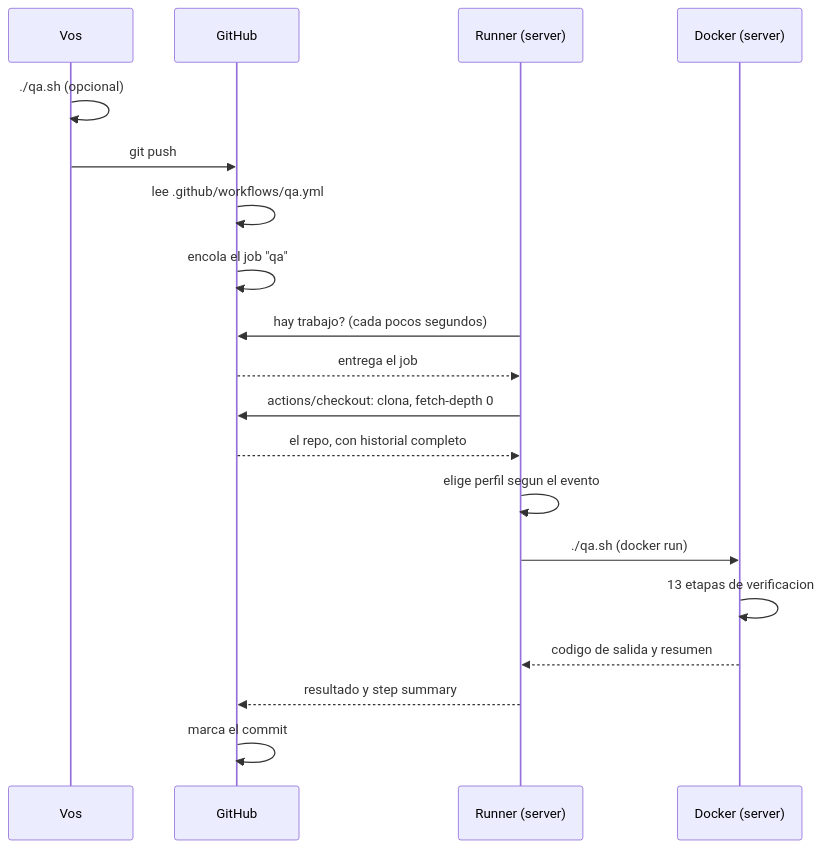
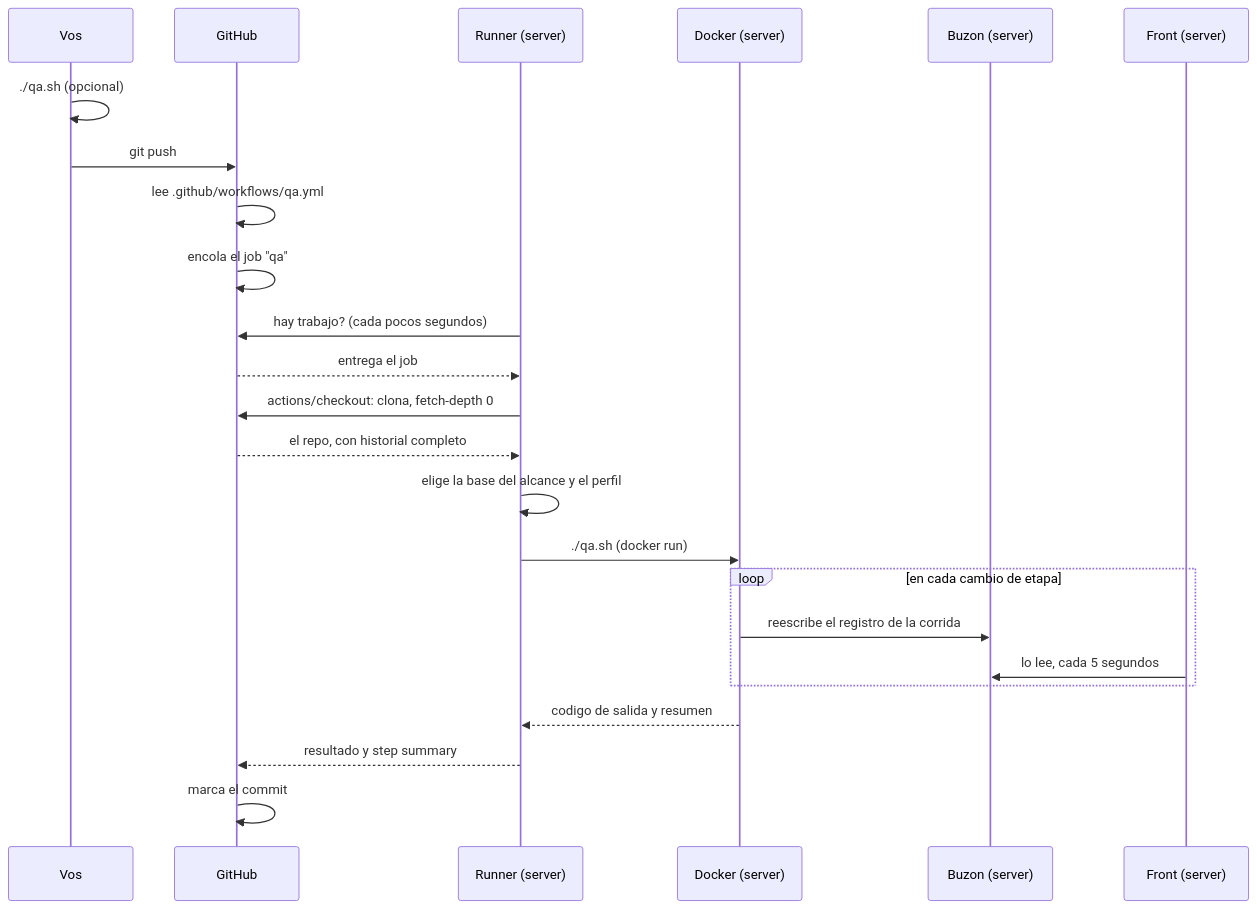
The fifth of 6 diagrams in docs/16-pipeline-y-verificaciones.md (facundosoria/Doc-Tpi-Programacion), drawn with Mermaid before and after one commit. The commit also changed other lines of this file and 1 other file, not shown here.

First line of the commit message:
Documentar los dos recorridos completos, con el buzon y tiempos medidos

````diff
--- a/docs/16-pipeline-y-verificaciones.md
+++ b/docs/16-pipeline-y-verificaciones.md
@@ -599,22 +600,27 @@
 ```mermaid
 sequenceDiagram
     participant V as Vos
     participant G as GitHub
     participant R as Runner (server)
     participant D as Docker (server)
+    participant B as Buzon (server)
+    participant F as Front (server)
 
     V->>V: ./qa.sh (opcional)
     V->>G: git push
     G->>G: lee .github/workflows/qa.yml
     G->>G: encola el job "qa"
     R->>G: hay trabajo? (cada pocos segundos)
     G-->>R: entrega el job
     R->>G: actions/checkout: clona, fetch-depth 0
     G-->>R: el repo, con historial completo
-    R->>R: elige perfil segun el evento
+    R->>R: elige la base del alcance y el perfil
     R->>D: ./qa.sh (docker run)
-    D->>D: 13 etapas de verificacion
+    loop en cada cambio de etapa
+        D->>B: reescribe el registro de la corrida
+        F->>B: lo lee, cada 5 segundos
+    end
     D-->>R: codigo de salida y resumen
     R-->>G: resultado y step summary
     G->>G: marca el commit
 ```
````
